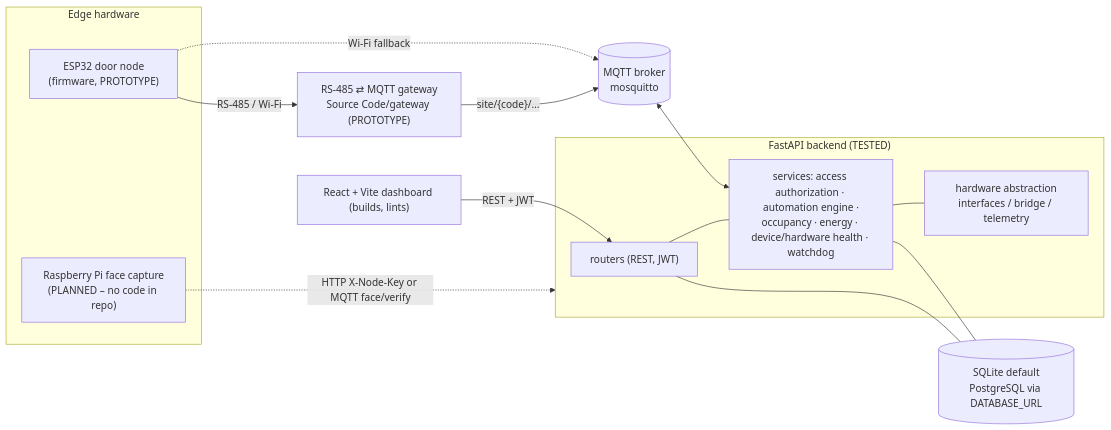
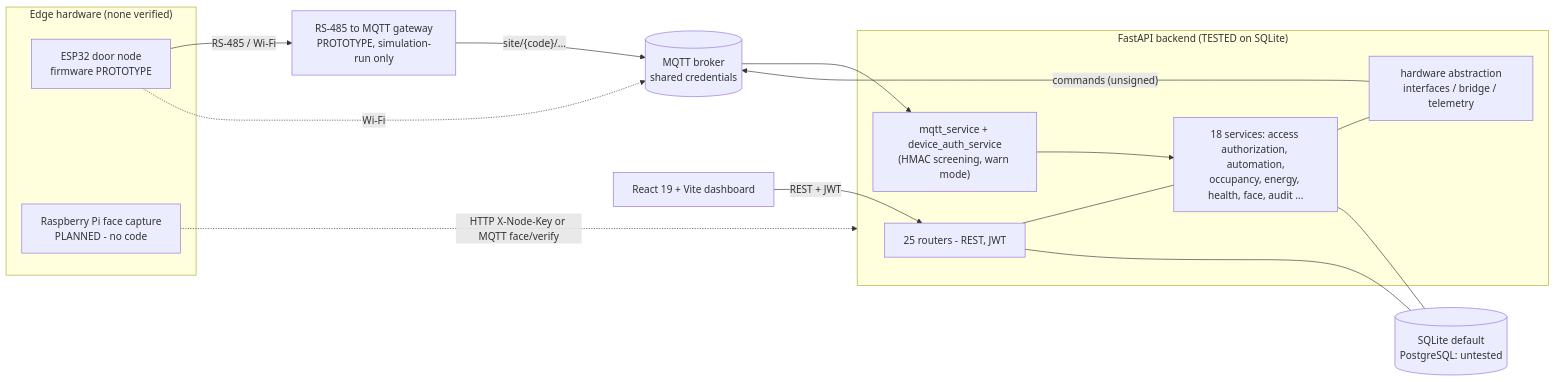
The first of 2 diagrams in Documents/ARCHITECTURE.md (AmrMhmd007/GRADUATION-PROJECT), drawn with Mermaid before and after one commit. The commit also changed other lines of this file and 8 other files, not shown here.

Commit message:
Docs: reconcile architecture with code, add feature matrix, security register, testing ledger, developer guide, roadmap and index (Phase 1D-1)

````diff
--- a/Documents/ARCHITECTURE.md
+++ b/Documents/ARCHITECTURE.md
@@ -10,26 +17,28 @@
 ```mermaid
 flowchart LR
-  subgraph Edge["Edge hardware"]
-    ESP["ESP32 door node<br/>(firmware, PROTOTYPE)"]
-    PI["Raspberry Pi face capture<br/>(PLANNED – no code in repo)"]
+  subgraph Edge["Edge hardware (none verified)"]
+    ESP["ESP32 door node<br/>firmware PROTOTYPE"]
+    PI["Raspberry Pi face capture<br/>PLANNED - no code"]
   end
-  GW["RS-485 ⇄ MQTT gateway<br/>Source Code/gateway (PROTOTYPE)"]
-  MQ[("MQTT broker<br/>mosquitto")]
-  subgraph BE["FastAPI backend (TESTED)"]
-    R["routers (REST, JWT)"]
-    S["services: access authorization · automation engine ·<br/>occupancy · energy · device/hardware health · watchdog"]
+  GW["RS-485 to MQTT gateway<br/>PROTOTYPE, simulation-run only"]
+  MQ[("MQTT broker<br/>shared credentials")]
+  subgraph BE["FastAPI backend (TESTED on SQLite)"]
+    SCR["mqtt_service + device_auth_service<br/>(HMAC screening, warn mode)"]
+    R["25 routers - REST, JWT"]
+    S["18 services: access authorization, automation,<br/>occupancy, energy, health, face, audit ..."]
     HAL["hardware abstraction<br/>interfaces / bridge / telemetry"]
   end
-  DB[("SQLite default<br/>PostgreSQL via DATABASE_URL")]
-  UI["React + Vite dashboard (builds, lints)"]
+  DB[("SQLite default<br/>PostgreSQL: untested")]
+  UI["React 19 + Vite dashboard"]
   ESP -- "RS-485 / Wi-Fi" --> GW
-  ESP -. "Wi-Fi fallback" .-> MQ
-  GW -- "site/{code}/…" --> MQ
+  GW -- "site/{code}/..." --> MQ
+  ESP -. "Wi-Fi" .-> MQ
   PI -. "HTTP X-Node-Key or MQTT face/verify" .-> BE
-  MQ <--> S
+  MQ --> SCR --> S
   R --- S
   S --- HAL
+  HAL -- "commands (unsigned)" --> MQ
   S --- DB
   R --- DB
   UI -- "REST + JWT" --> R
 ```
````
